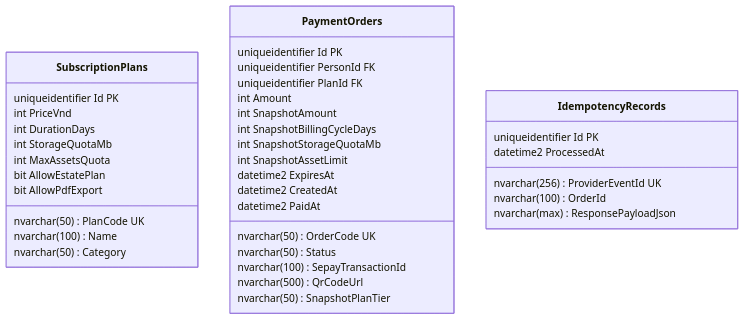
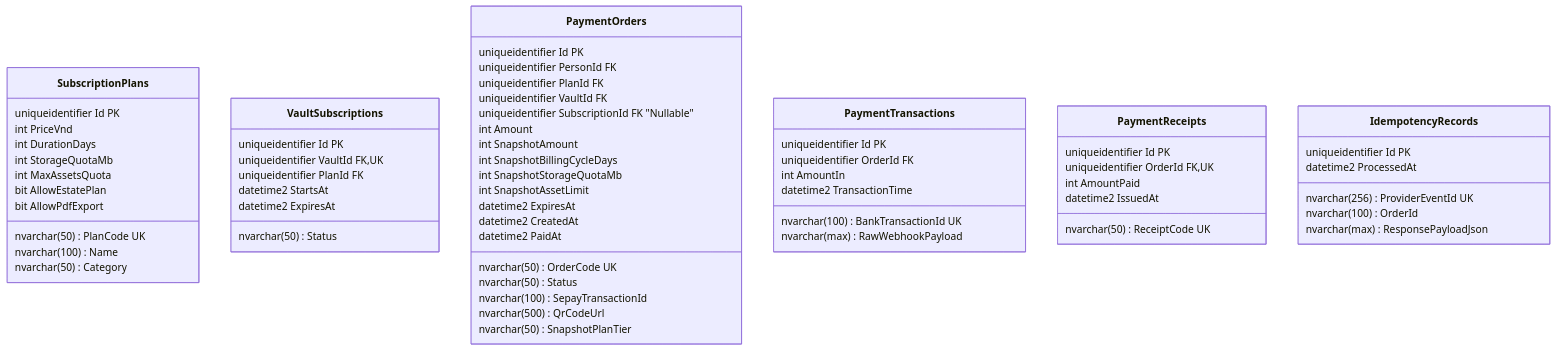
The eighth of 8 diagrams in docs/02_architecture/DATABASE_SCHEMA_ERD.md (Duykhobo/SWP-Prototype), drawn with Mermaid before and after one commit. The commit also changed other lines of this file and 36 other files, not shown here.

Commit message:
chore(constitution): [LV-001] adopt 31 development hard rules and rebuild domain erd prototype

````diff
--- a/docs/02_architecture/DATABASE_SCHEMA_ERD.md
+++ b/docs/02_architecture/DATABASE_SCHEMA_ERD.md
@@ -564,42 +1221,70 @@
 ```mermaid
 classDiagram
     class SubscriptionPlans {
         uniqueidentifier Id PK
         nvarchar(50) PlanCode UK
         nvarchar(100) Name
         nvarchar(50) Category
         int PriceVnd
         int DurationDays
         int StorageQuotaMb
         int MaxAssetsQuota
         bit AllowEstatePlan
         bit AllowPdfExport
     }
 
+    class VaultSubscriptions {
+        uniqueidentifier Id PK
+        uniqueidentifier VaultId FK,UK
+        uniqueidentifier PlanId FK
+        datetime2 StartsAt
+        datetime2 ExpiresAt
+        nvarchar(50) Status
+    }
+
     class PaymentOrders {
         uniqueidentifier Id PK
         nvarchar(50) OrderCode UK
         uniqueidentifier PersonId FK
         uniqueidentifier PlanId FK
+        uniqueidentifier VaultId FK
+        uniqueidentifier SubscriptionId FK "Nullable"
         int Amount
         nvarchar(50) Status
         nvarchar(100) SepayTransactionId
         nvarchar(500) QrCodeUrl
         nvarchar(50) SnapshotPlanTier
         int SnapshotAmount
         int SnapshotBillingCycleDays
         int SnapshotStorageQuotaMb
         int SnapshotAssetLimit
         datetime2 ExpiresAt
         datetime2 CreatedAt
         datetime2 PaidAt
     }
 
+    class PaymentTransactions {
+        uniqueidentifier Id PK
+        uniqueidentifier OrderId FK
+        nvarchar(100) BankTransactionId UK
+        int AmountIn
+        datetime2 TransactionTime
+        nvarchar(max) RawWebhookPayload
+    }
+
+    class PaymentReceipts {
+        uniqueidentifier Id PK
+        uniqueidentifier OrderId FK,UK
+        nvarchar(50) ReceiptCode UK
+        int AmountPaid
+        datetime2 IssuedAt
+    }
+
     class IdempotencyRecords {
         uniqueidentifier Id PK
         nvarchar(256) ProviderEventId UK
         nvarchar(100) OrderId
         datetime2 ProcessedAt
         nvarchar(max) ResponsePayloadJson
     }
 ```
````
